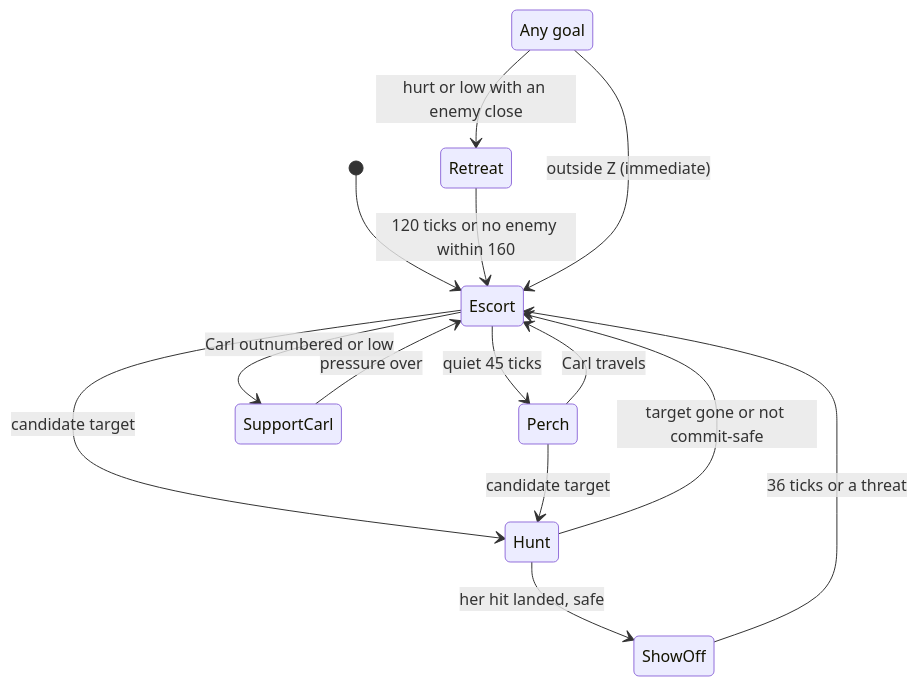
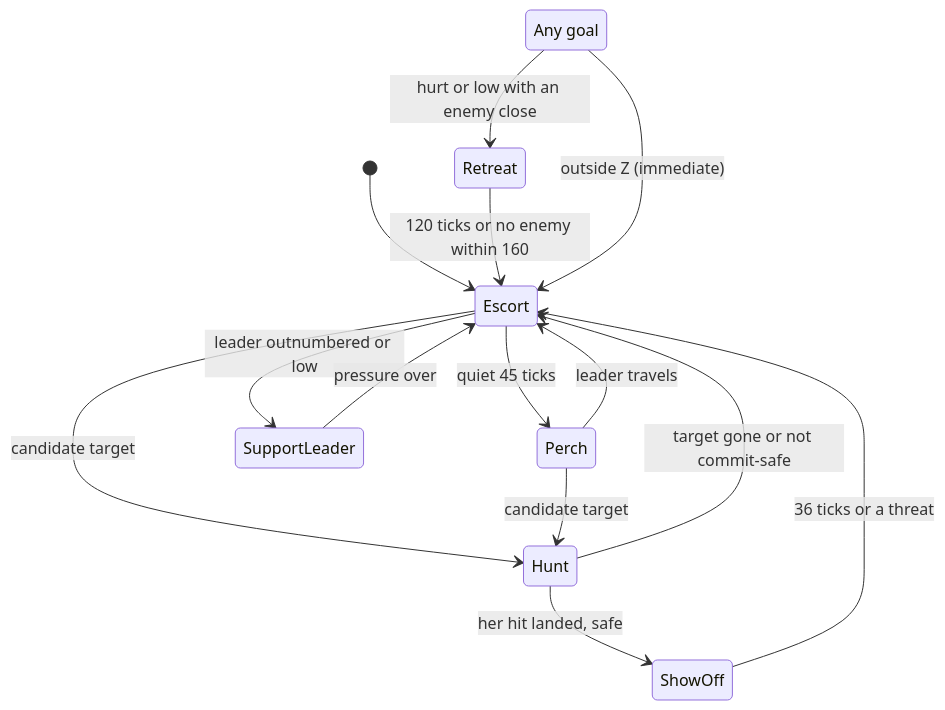
One commit to pando85/dungeon-floorbreak changed the diagram in docs/03-tech/companion-ai-02-donut-autonomy.md. Above: the diagram before and after it, drawn with Mermaid. The commit also changed other lines of this file and 3 other files, not shown here.

````diff
--- a/docs/03-tech/companion-ai-02-donut-autonomy.md
+++ b/docs/03-tech/companion-ai-02-donut-autonomy.md
@@ -179,17 +221,17 @@
 ```mermaid
 stateDiagram-v2
     [*] --> Escort
     Escort --> Hunt: candidate target
     Escort --> Perch: quiet 45 ticks
     Hunt --> Escort: target gone or not commit-safe
     Hunt --> ShowOff: her hit landed, safe
     ShowOff --> Escort: 36 ticks or a threat
     Perch --> Hunt: candidate target
-    Perch --> Escort: Carl travels
-    Escort --> SupportCarl: Carl outnumbered or low
-    SupportCarl --> Escort: pressure over
+    Perch --> Escort: leader travels
+    Escort --> SupportLeader: leader outnumbered or low
+    SupportLeader --> Escort: pressure over
     state "Any goal" as Any
     Any --> Retreat: hurt or low with an enemy close
     Retreat --> Escort: 120 ticks or no enemy within 160
     Any --> Escort: outside Z (immediate)
 ```
````
